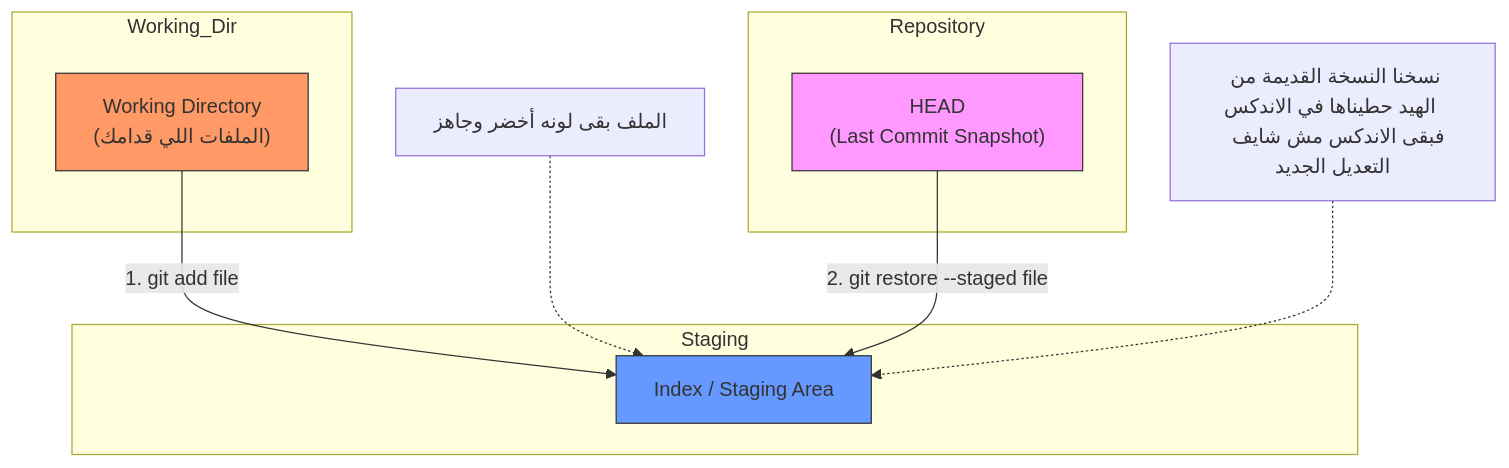
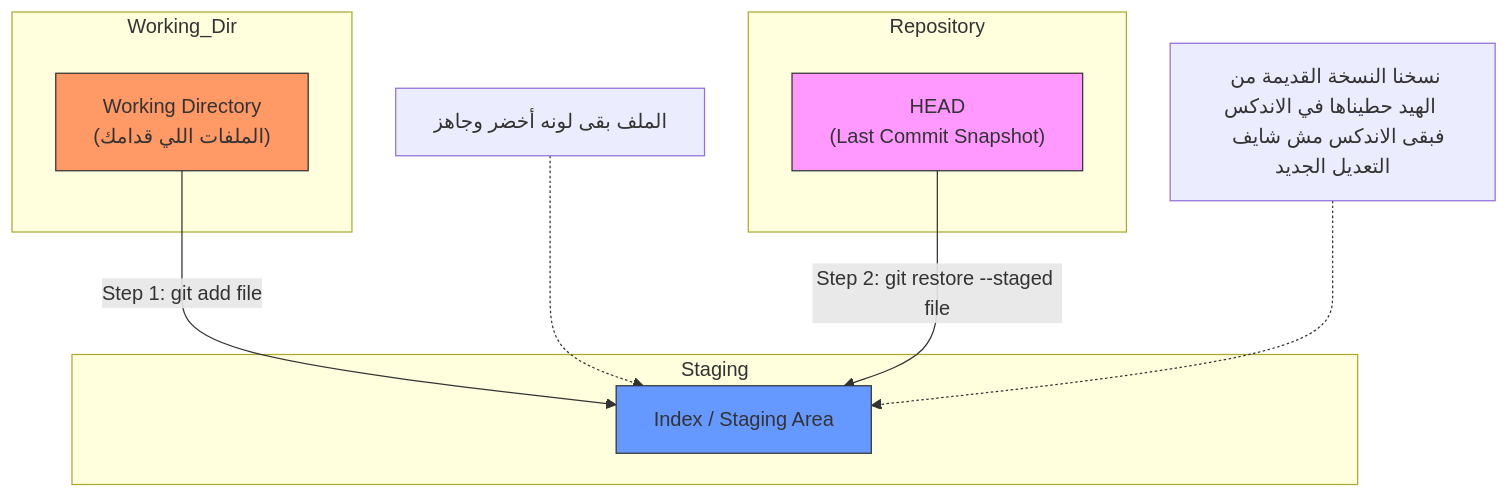
One commit to muhammad-khaled-tech/Programming-Fundamentals-c-c- changed the fourth of 5 diagrams in Git/Untitled.md. Above: the diagram before and after it, drawn with Mermaid. The commit also changed other lines of this file and 1 other file, not shown here.

````diff
--- a/Git/Untitled.md
+++ b/Git/Untitled.md
@@ -274,26 +274,26 @@
 ```mermaid
 graph TD
     subgraph Repository
     HEAD["HEAD <br/> (Last Commit Snapshot)"]
     end
 
     subgraph Staging
     Index["Index / Staging Area"]
     end
 
     subgraph Working_Dir
     WD["Working Directory <br/> (الملفات اللي قدامك)"]
     end
 
     %% Action: git add
-    WD -- "1. git add file" --> Index
+    WD -- "Step 1: git add file" --> Index
     Note1["الملف بقى لونه أخضر وجاهز"] -.-> Index
 
     %% Action: git restore --staged
-    HEAD -- "2. git restore --staged file" --> Index
+    HEAD -- "Step 2: git restore --staged file" --> Index
     Note2["نسخنا النسخة القديمة من الهيد حطيناها في الاندكس <br/> فبقى الاندكس مش شايف التعديل الجديد"] -.-> Index
 
     style HEAD fill:#f9f,stroke:#333
     style Index fill:#69f,stroke:#333
     style WD fill:#f96,stroke:#333
 ```
````
